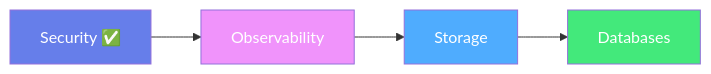
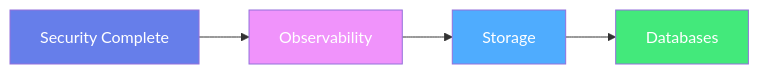
The fifth of 6 diagrams in docs-website/docs/learning-path.md (Khuzaima05/landing-zone-detailed), drawn with Mermaid before and after one commit. The commit also changed other lines of this file, not shown here.

Commit message:
fix: Correct Mermaid syntax errors in learning path diagrams

````diff
--- a/docs-website/docs/learning-path.md
+++ b/docs-website/docs/learning-path.md
@@ -105,10 +105,10 @@
 ```mermaid
 graph LR
-    A[Security ✅] --> B[Observability]
-    B --> C[Storage]
-    C --> D[Databases]
+    A["Security Complete"] --> B["Observability"]
+    B --> C["Storage"]
+    C --> D["Databases"]
     style A fill:#667eea,color:#fff
     style B fill:#f093fb,color:#fff
     style C fill:#4facfe,color:#fff
     style D fill:#43e97b,color:#fff
 ```
````
